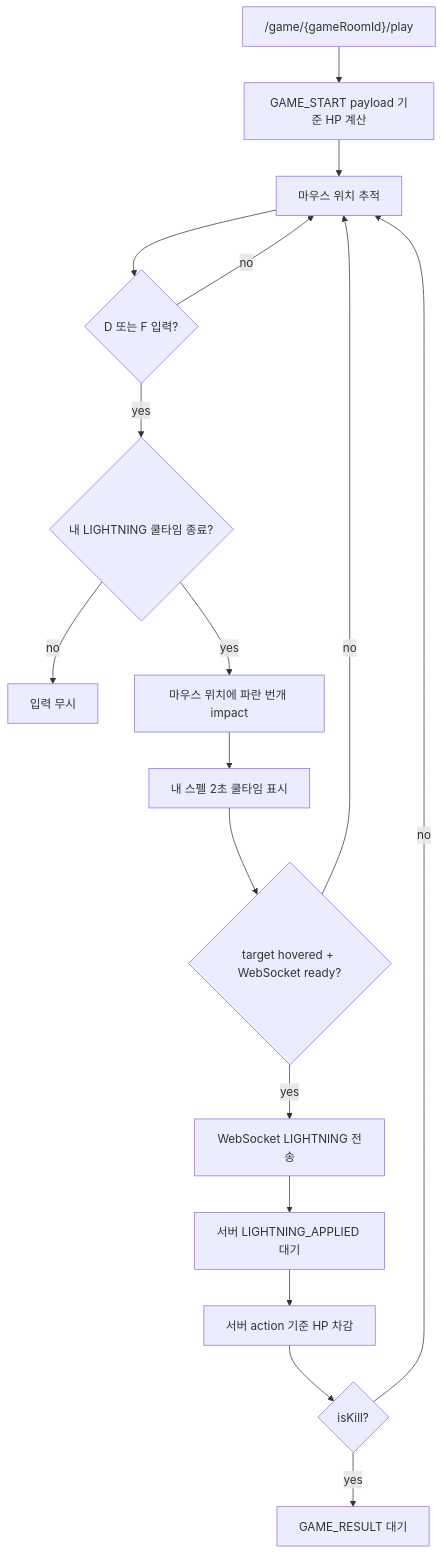
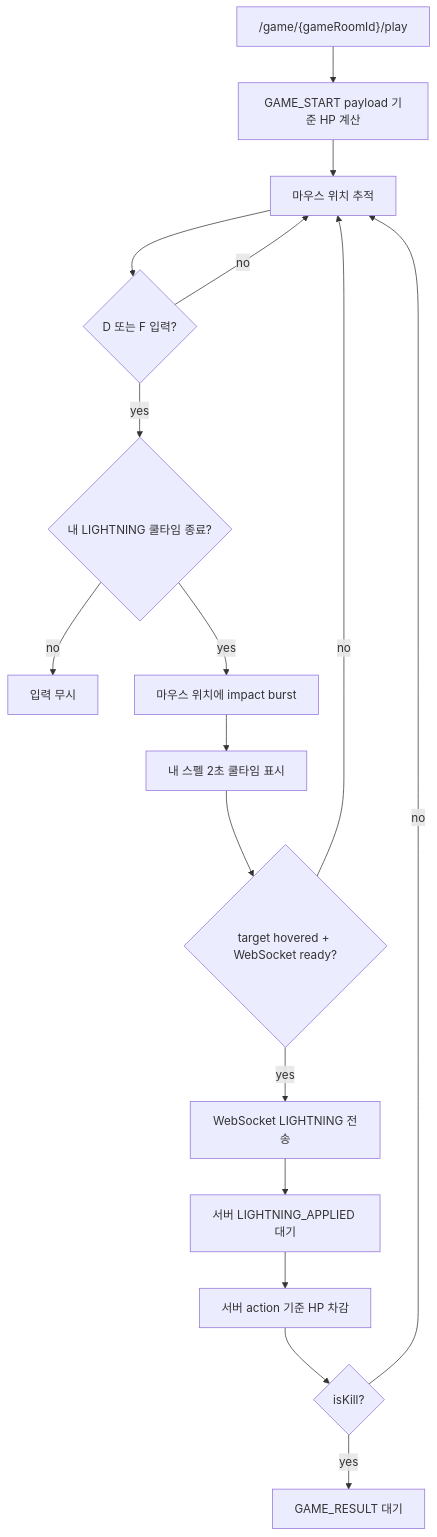
The first of 2 diagrams in docs/antigravity/frontend/issue-92-lightning-combat-input-ui.md (moonwhistle/League-of-Star), drawn with Mermaid before and after one commit. The commit also changed other lines of this file and 4 other files, not shown here.

````diff
--- a/docs/antigravity/frontend/issue-92-lightning-combat-input-ui.md
+++ b/docs/antigravity/frontend/issue-92-lightning-combat-input-ui.md
@@ -7,19 +7,19 @@
 ```mermaid
 flowchart TD
     A["/game/{gameRoomId}/play"] --> B["GAME_START payload 기준 HP 계산"]
     B --> C["마우스 위치 추적"]
     C --> D{"D 또는 F 입력?"}
     D -->|no| C
     D -->|yes| G{"내 LIGHTNING 쿨타임 종료?"}
     G -->|no| H["입력 무시"]
-    G -->|yes| I["마우스 위치에 파란 번개 impact"]
+    G -->|yes| I["마우스 위치에 impact burst"]
     I --> J["내 스펠 2초 쿨타임 표시"]
     J --> K{"target hovered + WebSocket ready?"}
     K -->|no| C
     K -->|yes| L["WebSocket LIGHTNING 전송"]
     L --> M["서버 LIGHTNING_APPLIED 대기"]
     M --> N["서버 action 기준 HP 차감"]
     N --> O{"isKill?"}
     O -->|yes| P["GAME_RESULT 대기"]
     O -->|no| C
 ```
````
